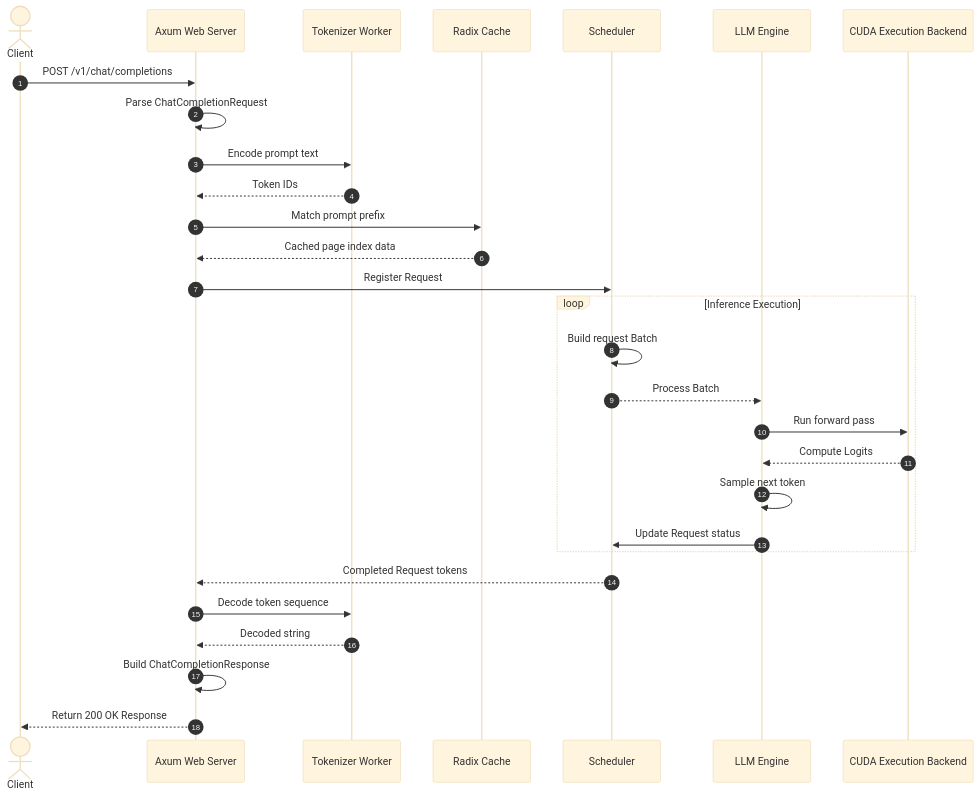
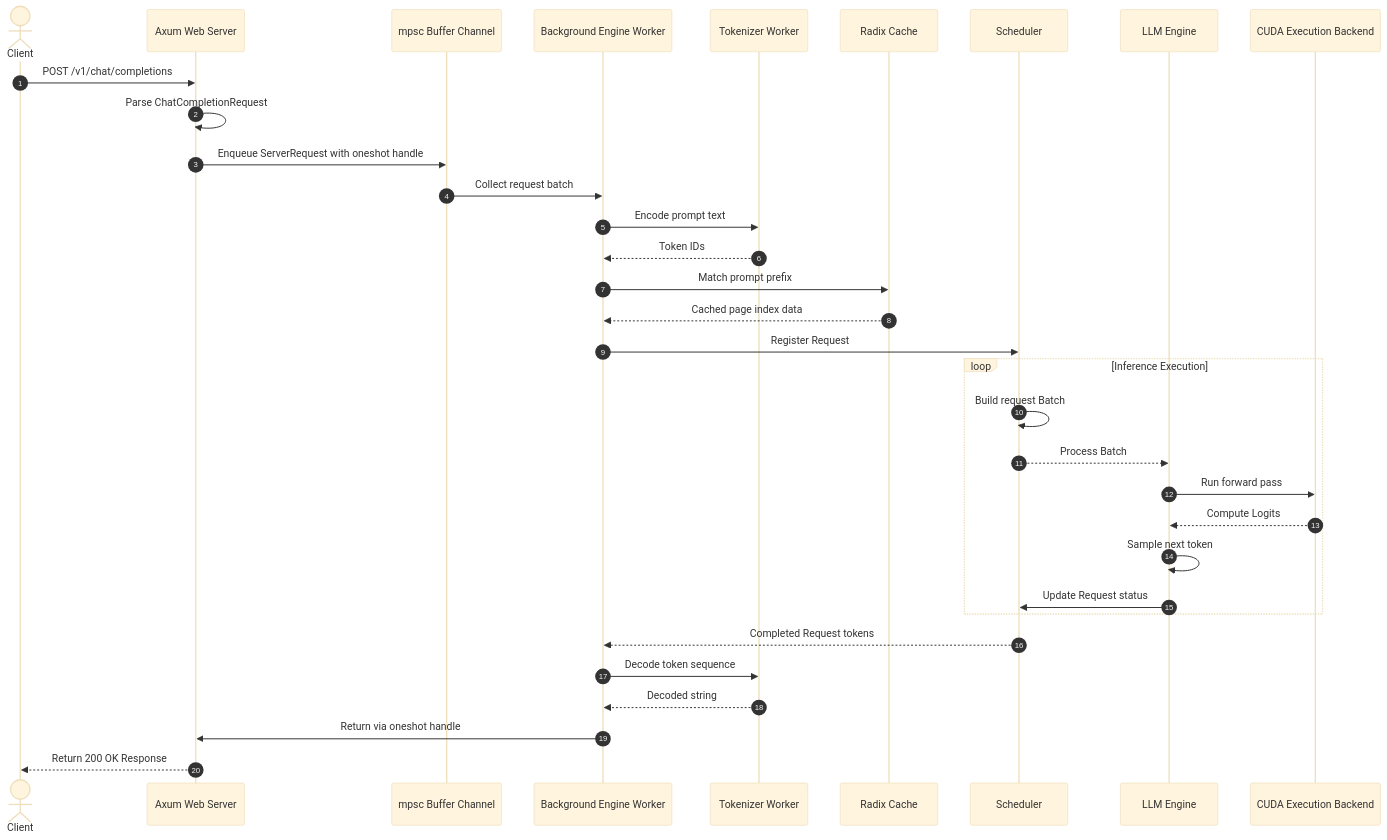
Before and after one commit to Ammar-Alnagar/mini-sglang-rs: the second of 4 diagrams in README.md, drawn with Mermaid (base theme). The commit also changed other lines of this file and 2 other files, not shown here.

First line of the commit message:
Optimize OpenAI serving with request batching and update documentation

````diff
--- a/README.md
+++ b/README.md
@@ -76,34 +81,38 @@
 ```mermaid
 sequenceDiagram
     autonumber
     actor Client
     participant Axum as Axum Web Server
+    participant Channel as mpsc Buffer Channel
+    participant Worker as Background Engine Worker
     participant Tokenizer as Tokenizer Worker
     participant Cache as Radix Cache
     participant Scheduler as Scheduler
     participant Engine as LLM Engine
     participant CUDA as CUDA Execution Backend
 
     Client->>Axum: POST /v1/chat/completions
     Axum->>Axum: Parse ChatCompletionRequest
-    Axum->>Tokenizer: Encode prompt text
-    Tokenizer-->>Axum: Token IDs
-    Axum->>Cache: Match prompt prefix
-    Cache-->>Axum: Cached page index data
-    Axum->>Scheduler: Register Request
+    Axum->>Channel: Enqueue ServerRequest with oneshot handle
+    Channel->>Worker: Collect request batch
+    Worker->>Tokenizer: Encode prompt text
+    Tokenizer-->>Worker: Token IDs
+    Worker->>Cache: Match prompt prefix
+    Cache-->>Worker: Cached page index data
+    Worker->>Scheduler: Register Request
     
     loop Inference Execution
         Scheduler->>Scheduler: Build request Batch
         Scheduler-->>Engine: Process Batch
         Engine->>CUDA: Run forward pass
         CUDA-->>Engine: Compute Logits
         Engine->>Engine: Sample next token
         Engine->>Scheduler: Update Request status
     end
 
-    Scheduler-->>Axum: Completed Request tokens
-    Axum->>Tokenizer: Decode token sequence
-    Tokenizer-->>Axum: Decoded string
-    Axum->>Axum: Build ChatCompletionResponse
+    Scheduler-->>Worker: Completed Request tokens
+    Worker->>Tokenizer: Decode token sequence
+    Tokenizer-->>Worker: Decoded string
+    Worker->>Axum: Return via oneshot handle
     Axum-->>Client: Return 200 OK Response
 ```
````
